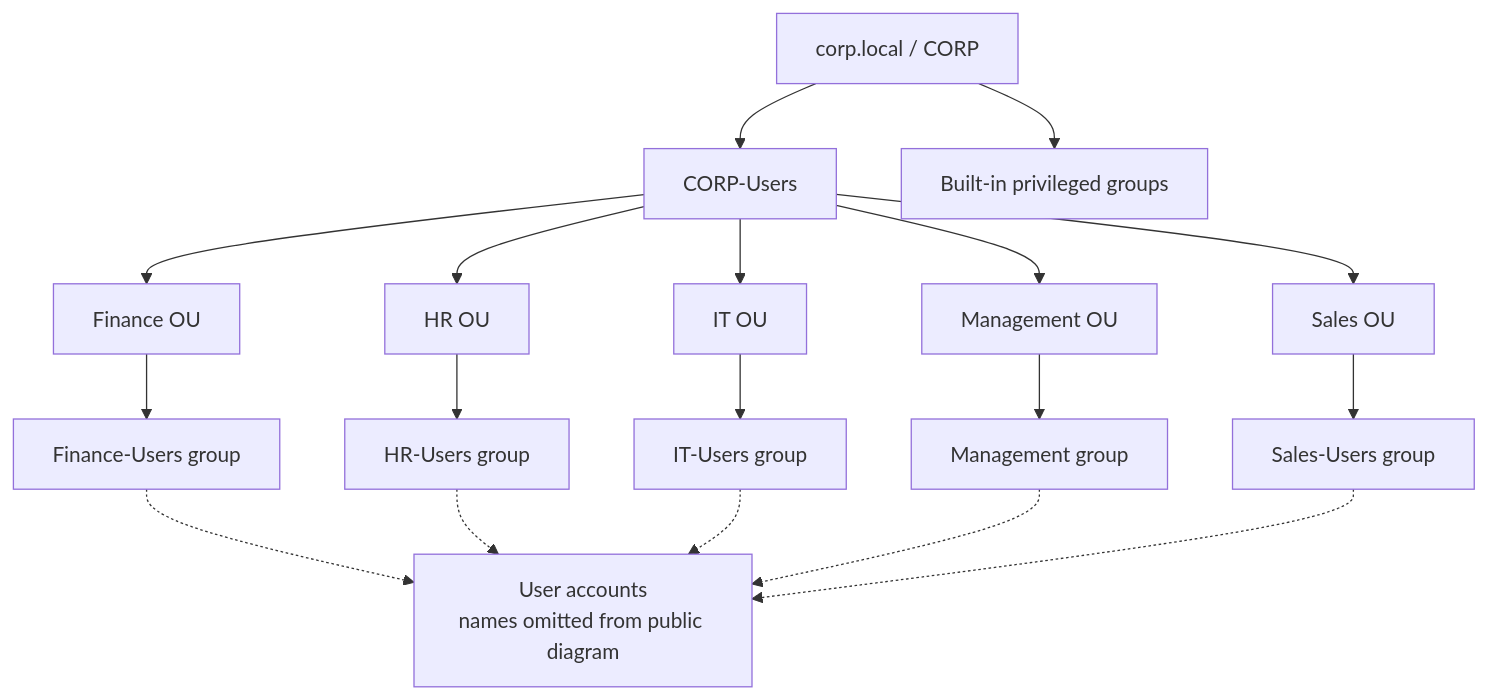
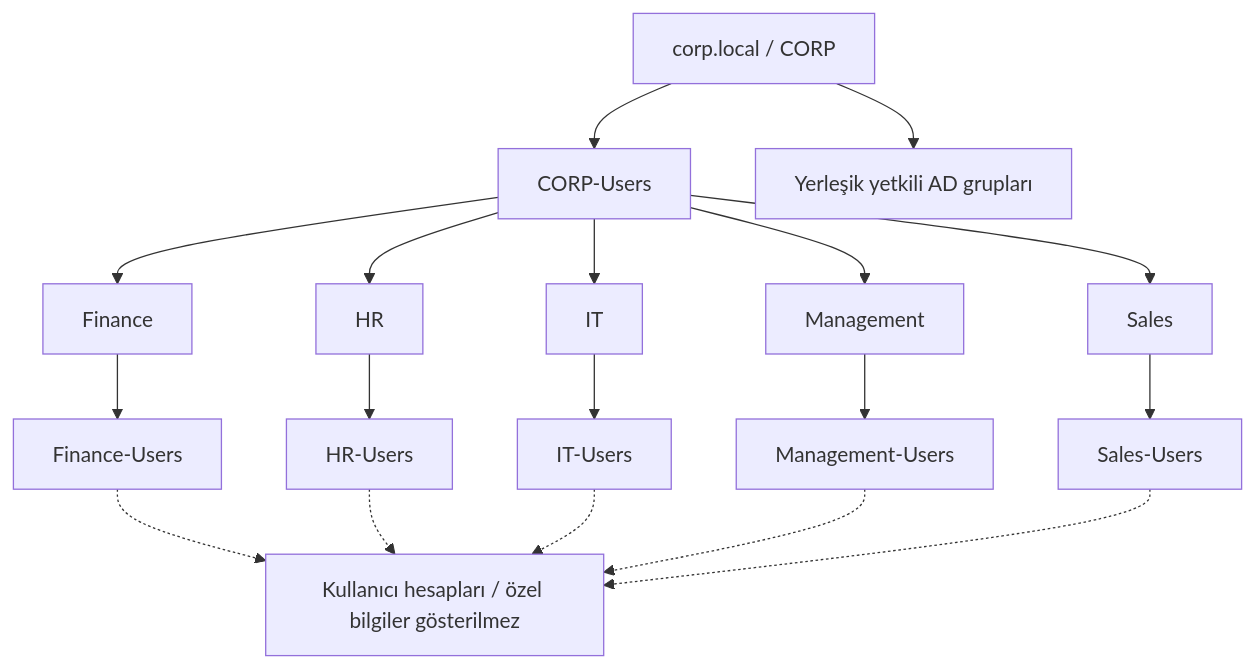
One commit to mahirkau1/AEGIS-SOC changed the second of 3 diagrams in docs/architecture.md. Above: the diagram before and after it, drawn with Mermaid. The commit also changed other lines of this file and 10 other files, not shown here.

````diff
--- a/docs/architecture.md
+++ b/docs/architecture.md
@@ -46,20 +62,20 @@
 ```mermaid
 flowchart TB
-  ROOT[corp.local / CORP] --> OU[CORP-Users]
-  OU --> FIN[Finance OU]
-  OU --> HR[HR OU]
-  OU --> IT[IT OU]
-  OU --> MAN[Management OU]
-  OU --> SALES[Sales OU]
-  FIN --> FG[Finance-Users group]
-  HR --> HG[HR-Users group]
-  IT --> IG[IT-Users group]
-  MAN --> MG[Management group]
-  SALES --> SG[Sales-Users group]
-  FG -.-> USER[User accounts<br/>names omitted from public diagram]
-  HG -.-> USER
-  IG -.-> USER
-  MG -.-> USER
-  SG -.-> USER
-  ROOT --> ADM[Built-in privileged groups]
+    DOM[corp.local / CORP] --> OU[CORP-Users]
+    OU --> F[Finance]
+    OU --> H[HR]
+    OU --> I[IT]
+    OU --> M[Management]
+    OU --> S[Sales]
+    F --> FG[Finance-Users]
+    H --> HG[HR-Users]
+    I --> IG[IT-Users]
+    M --> MG[Management-Users]
+    S --> SG[Sales-Users]
+    DOM --> ADM[Yerleşik yetkili AD grupları]
+    FG -.-> U[Kullanıcı hesapları / özel bilgiler gösterilmez]
+    HG -.-> U
+    IG -.-> U
+    MG -.-> U
+    SG -.-> U
 ```
````
